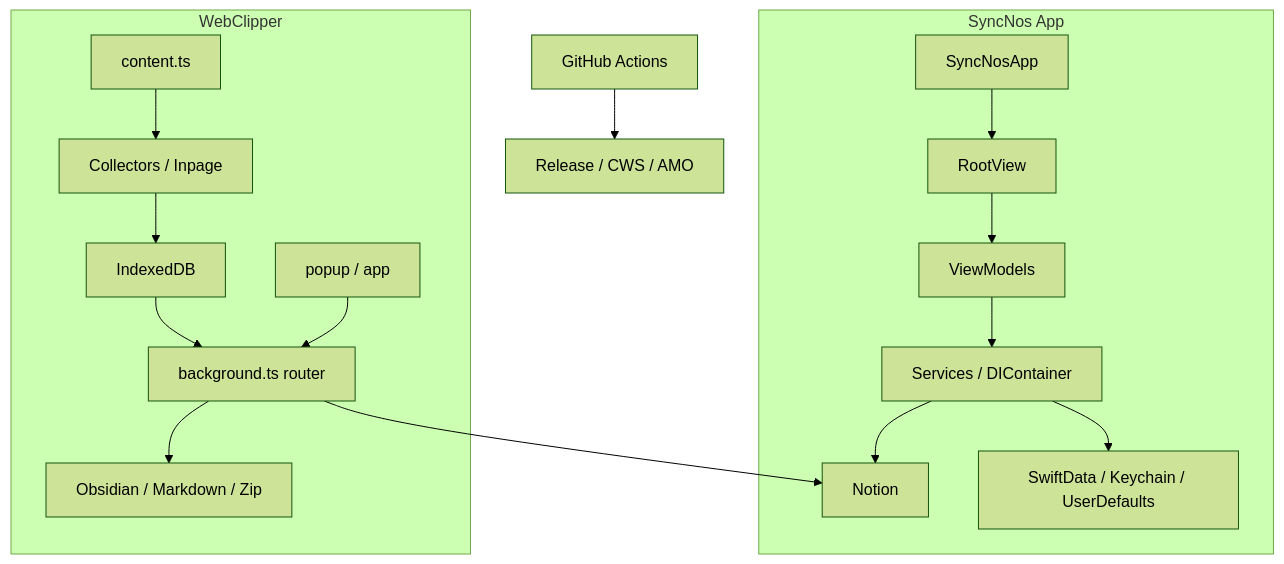
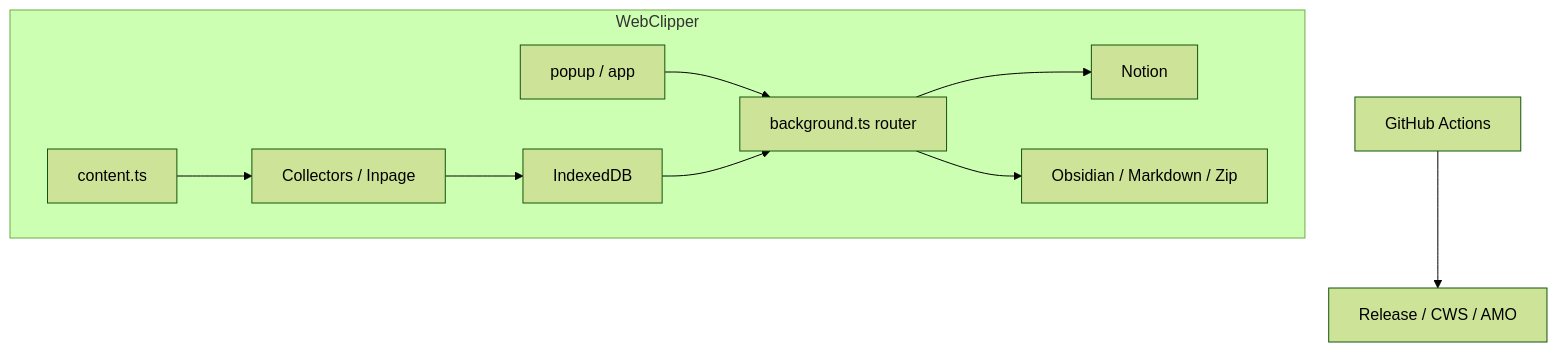
One commit to chiimagnus/SyncNos changed the diagram in .github/deepwiki/architecture.md. Above: the diagram before and after it, drawn with Mermaid (forest theme). The commit also changed other lines of this file and 13 other files, not shown here.

````diff
--- a/.github/deepwiki/architecture.md
+++ b/.github/deepwiki/architecture.md
@@ -82,21 +63,13 @@
 ```mermaid
 flowchart TB
-  subgraph App[SyncNos App]
-    A1[SyncNosApp] --> A2[RootView]
-    A2 --> A3[ViewModels]
-    A3 --> A4[Services / DIContainer]
-    A4 --> A5[SwiftData / Keychain / UserDefaults]
-    A4 --> N[Notion]
-  end
-
   subgraph Ext[WebClipper]
     B1[content.ts] --> B2[Collectors / Inpage]
     B2 --> B3[IndexedDB]
     B4[popup / app] --> B5[background.ts router]
     B3 --> B5
-    B5 --> N
+    B5 --> N[Notion]
     B5 --> O[Obsidian / Markdown / Zip]
   end
 
   R[GitHub Actions] --> G[Release / CWS / AMO]
 ```
````
